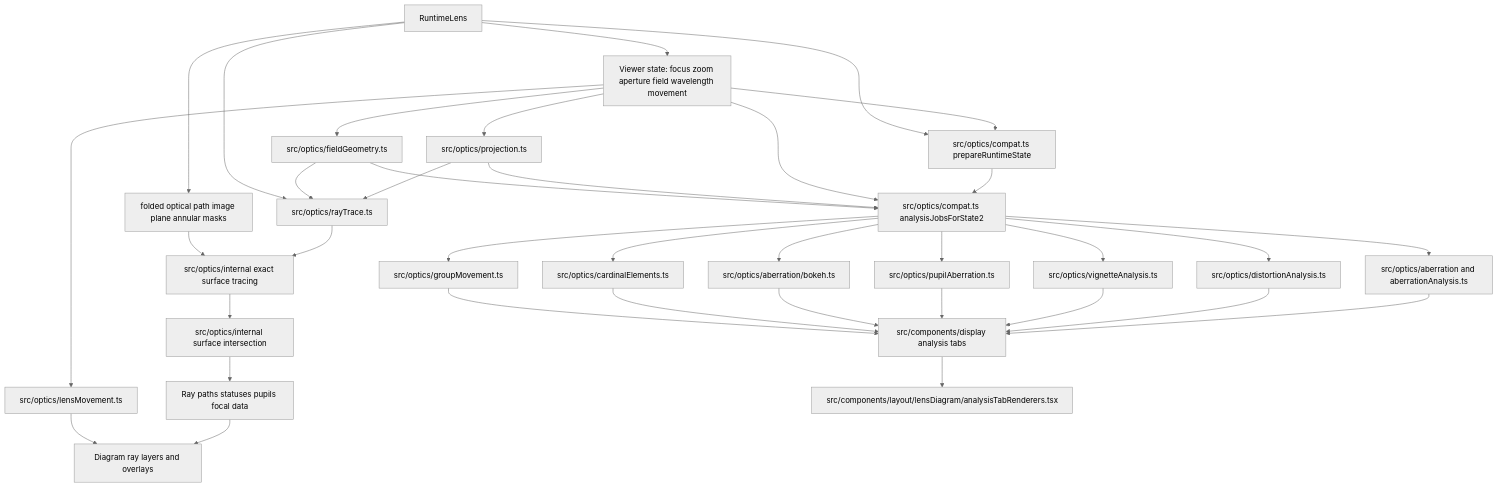
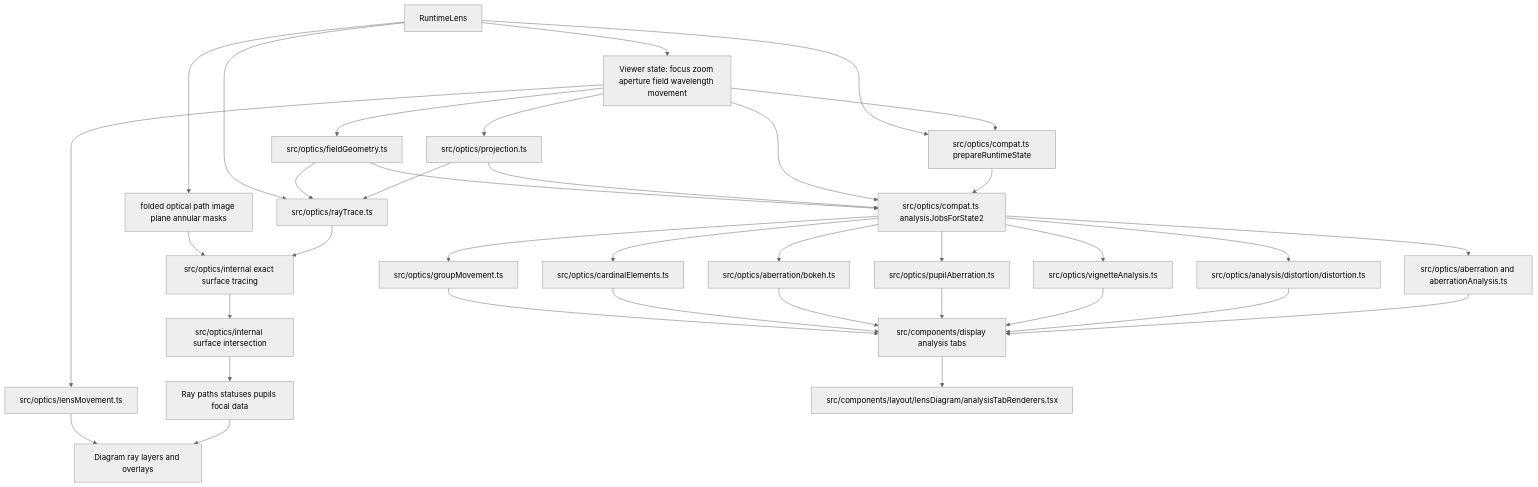
One commit to ronbuening/LensVisualizer changed the third of 3 diagrams in agent_docs/architecture/program-flow.md. Above: the diagram before and after it, drawn with Mermaid (neutral theme). The commit also changed 34 other files, not shown here.

Commit message:
S7.P2.T5 Distortion curve and grid on AnalysisRequest

````diff
--- a/agent_docs/architecture/program-flow.md
+++ b/agent_docs/architecture/program-flow.md
@@ -102,35 +102,35 @@
 ```mermaid
 flowchart TD
   Runtime[RuntimeLens] --> Inputs[Viewer state: focus zoom aperture field wavelength movement]
   Inputs --> Projection[src/optics/projection.ts]
   Inputs --> Field[src/optics/fieldGeometry.ts]
   Inputs --> Movement[src/optics/lensMovement.ts]
   Inputs --> Prepared[src/optics/compat.ts prepareRuntimeState]
   Runtime --> Prepared
 
   Projection --> TraceCore[src/optics/rayTrace.ts]
   Field --> TraceCore
   Runtime --> TraceCore
   TraceCore --> Exact[src/optics/internal exact surface tracing]
   Exact --> Intersections[src/optics/internal surface intersection]
   Runtime --> Folded[folded optical path image plane annular masks]
   Folded --> Exact
   Intersections --> RayResults[Ray paths statuses pupils focal data]
 
   Prepared --> AnalysisJobs[src/optics/compat.ts analysisJobsForState2]
   Inputs --> AnalysisJobs
   Projection --> AnalysisJobs
   Field --> AnalysisJobs
   AnalysisJobs --> Aberrations[src/optics/aberration and aberrationAnalysis.ts]
-  AnalysisJobs --> Distortion[src/optics/distortionAnalysis.ts]
+  AnalysisJobs --> Distortion[src/optics/analysis/distortion/distortion.ts]
   AnalysisJobs --> Vignetting[src/optics/vignetteAnalysis.ts]
   AnalysisJobs --> Pupils[src/optics/pupilAberration.ts]
   AnalysisJobs --> Bokeh[src/optics/aberration/bokeh.ts]
   AnalysisJobs --> Cardinal[src/optics/cardinalElements.ts]
   AnalysisJobs --> Groups[src/optics/groupMovement.ts]
 
   Aberrations & Distortion & Vignetting & Pupils & Bokeh & Cardinal & Groups --> DrawerTabs[src/components/display analysis tabs]
   RayResults --> DiagramLayers[Diagram ray layers and overlays]
   Movement --> DiagramLayers
   DrawerTabs --> Renderers[src/components/layout/lensDiagram/analysisTabRenderers.tsx]
 ```
````
